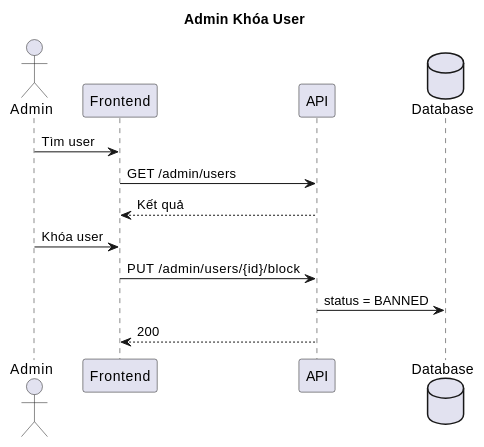
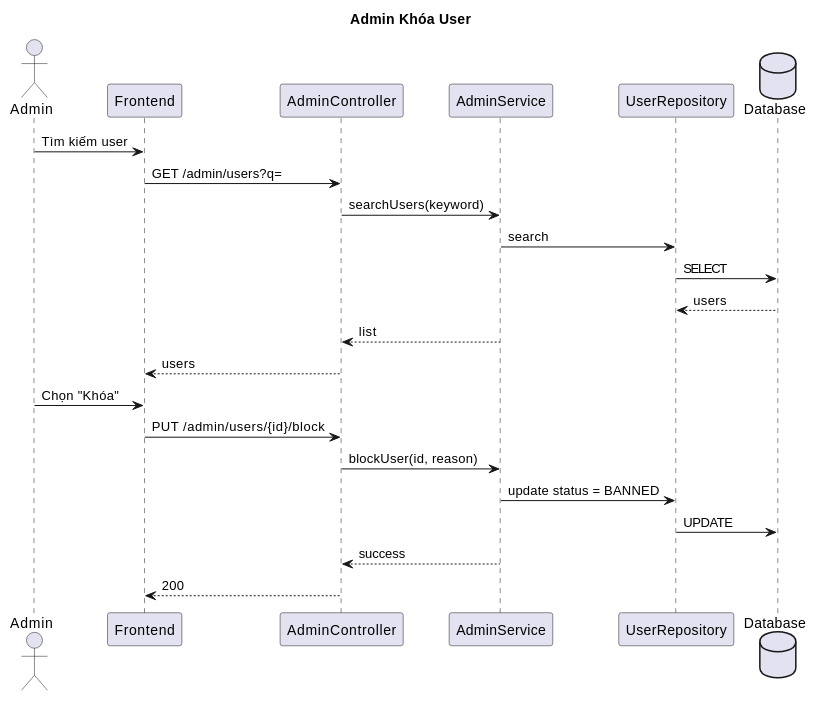
Before and after one commit to BuiThaiBao/Propify: the diagram in docs/sequence-diagram-admin-khoa-tai-khoan.md, drawn with PlantUML. The commit also changed other lines of this file and 11 other files, not shown here.

Commit message:
feat: update sequence diagrams to reflect 3-layer architecture and detailed interactions

````diff
--- a/docs/sequence-diagram-admin-khoa-tai-khoan.md
+++ b/docs/sequence-diagram-admin-khoa-tai-khoan.md
@@ -3,18 +3,28 @@
 ```plantuml
 @startuml
 title Admin Khóa User
 
 actor "Admin" as Admin
 participant "Frontend" as FE
-participant "API" as API
+participant "AdminController" as Controller
+participant "AdminService" as Service
+participant "UserRepository" as Repo
 database "Database" as DB
 
-Admin -> FE: Tìm user
-FE -> API: GET /admin/users
-API --> FE: Kết quả
-Admin -> FE: Khóa user
-FE -> API: PUT /admin/users/{id}/block
-API -> DB: status = BANNED
-API --> FE: 200
+Admin -> FE: Tìm kiếm user
+FE -> Controller: GET /admin/users?q=
+Controller -> Service: searchUsers(keyword)
+Service -> Repo: search
+Repo -> DB: SELECT
+DB --> Repo: users
+Service --> Controller: list
+Controller --> FE: users
+Admin -> FE: Chọn "Khóa"
+FE -> Controller: PUT /admin/users/{id}/block
+Controller -> Service: blockUser(id, reason)
+Service -> Repo: update status = BANNED
+Repo -> DB: UPDATE
+Service --> Controller: success
+Controller --> FE: 200
 @enduml
 ```
````
